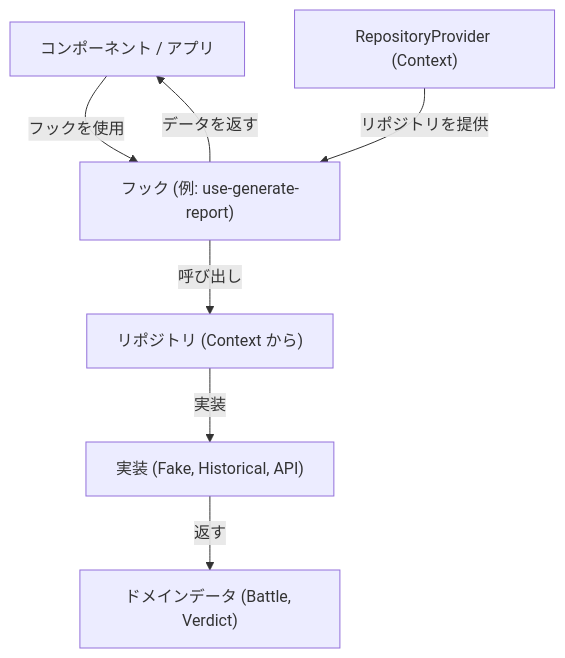
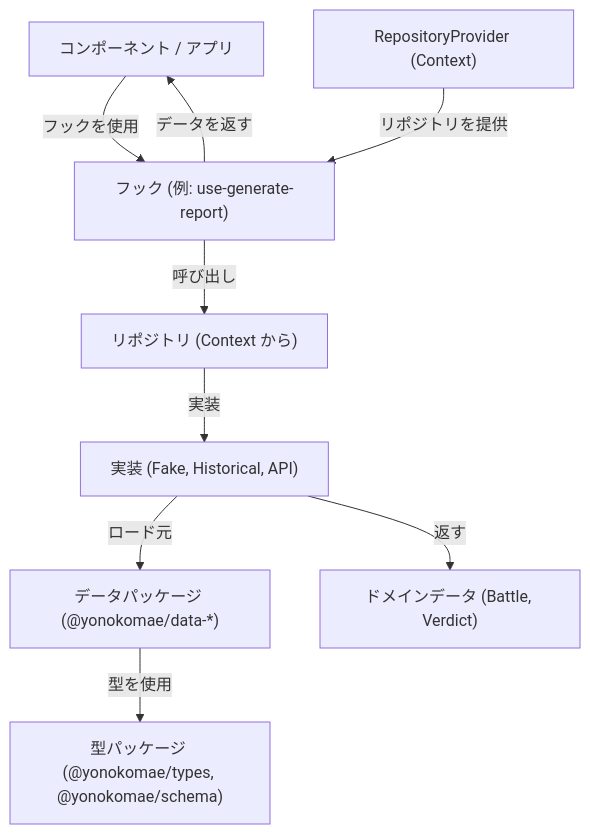
One commit to F88/yonokomae changed the first of 3 diagrams in docs/DEVELOPMENT_JA.md. Above: the diagram before and after it, drawn with Mermaid. The commit also changed other lines of this file and 186 other files, not shown here.

````diff
--- a/docs/DEVELOPMENT_JA.md
+++ b/docs/DEVELOPMENT_JA.md
@@ -40,9 +34,11 @@
 ```mermaid
 flowchart TD
     A["コンポーネント / アプリ"] -- "フックを使用" --> C["フック (例: use-generate-report)"]
     B["RepositoryProvider (Context)"] -- "リポジトリを提供" --> C
     C -- "呼び出し" --> D["リポジトリ (Context から)"]
     D -- "実装" --> F["実装 (Fake, Historical, API)"]
+    F -- "ロード元" --> H["データパッケージ (@yonokomae/data-*)"]
     F -- "返す" --> G["ドメインデータ (Battle, Verdict)"]
     C -- "データを返す" --> A
+    H -- "型を使用" --> I["型パッケージ (@yonokomae/types, @yonokomae/schema)"]
 ```
````
